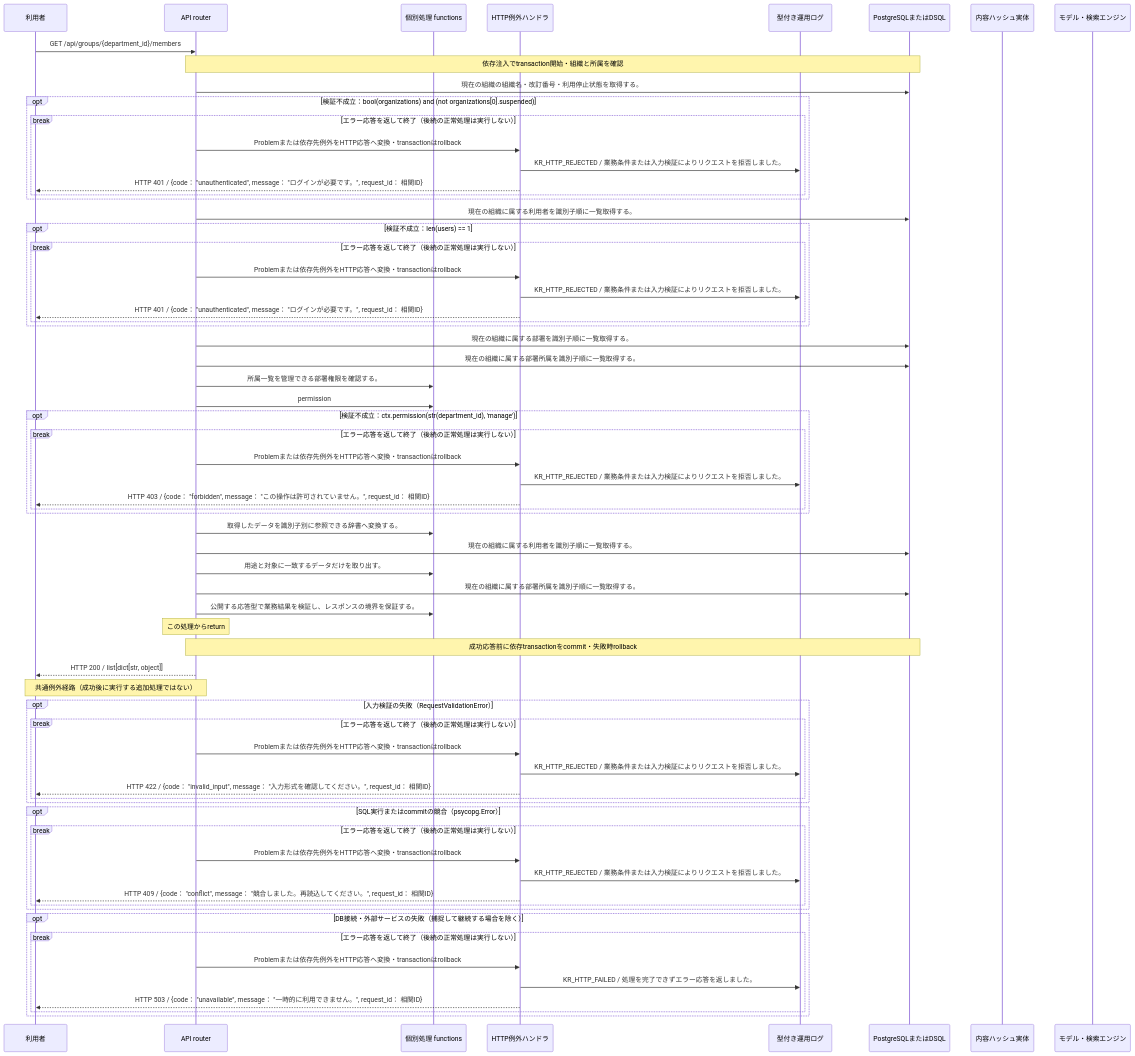
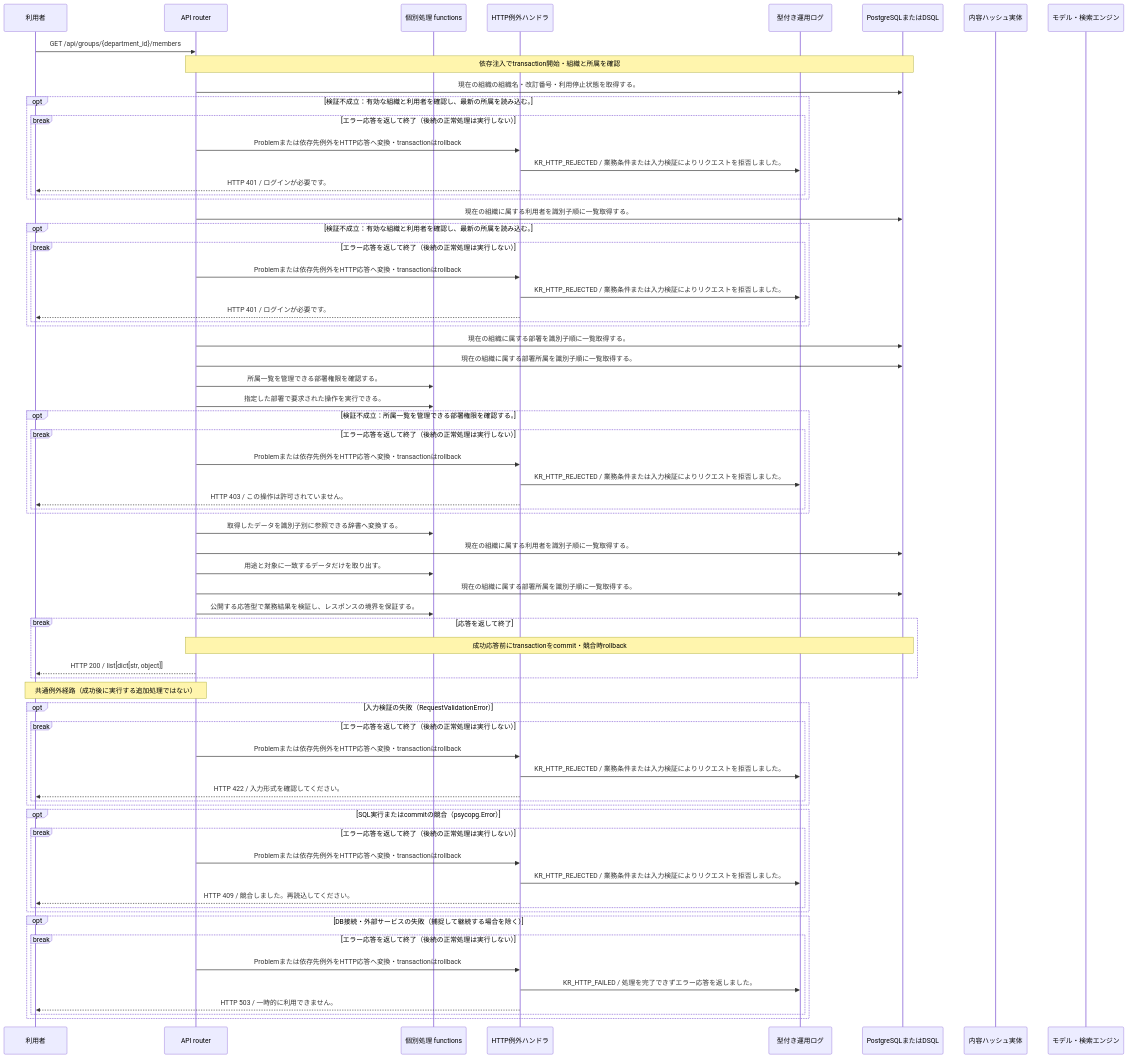
The diagram in docs/design/generated/api/groups/list_members/sequence.md (tsuji-tomonori/KotoRelay), drawn with Mermaid before and after one commit. The commit also changed other lines of this file and 245 other files, not shown here.

````diff
--- a/docs/design/generated/api/groups/list_members/sequence.md
+++ b/docs/design/generated/api/groups/list_members/sequence.md
@@ -7,70 +7,71 @@
 ```mermaid
 sequenceDiagram
     participant U as 利用者
     participant A as API router
     participant F as 個別処理 functions
     participant E as HTTP例外ハンドラ
     participant L as 型付き運用ログ
     participant D as PostgreSQLまたはDSQL
     participant S as 内容ハッシュ実体
     participant M as モデル・検索エンジン
     U->>A: GET /api/groups/{department_id}/members
     Note over A,D: 依存注入でtransaction開始・組織と所属を確認
     A->>D: 現在の組織の組織名・改訂番号・利用停止状態を取得する。
-    opt 検証不成立：bool(organizations) and (not organizations[0].suspended)
+    opt 検証不成立：有効な組織と利用者を確認し、最新の所属を読み込む。
     break エラー応答を返して終了（後続の正常処理は実行しない）
     A->>E: Problemまたは依存先例外をHTTP応答へ変換・transactionはrollback
     E->>L: KR_HTTP_REJECTED / 業務条件または入力検証によりリクエストを拒否しました。
-    E-->>U: HTTP 401 / {code： "unauthenticated", message： "ログインが必要です。", request_id： 相関ID}
+    E-->>U: HTTP 401 / ログインが必要です。
     end
     end
     A->>D: 現在の組織に属する利用者を識別子順に一覧取得する。
-    opt 検証不成立：len(users) == 1
+    opt 検証不成立：有効な組織と利用者を確認し、最新の所属を読み込む。
     break エラー応答を返して終了（後続の正常処理は実行しない）
     A->>E: Problemまたは依存先例外をHTTP応答へ変換・transactionはrollback
     E->>L: KR_HTTP_REJECTED / 業務条件または入力検証によりリクエストを拒否しました。
-    E-->>U: HTTP 401 / {code： "unauthenticated", message： "ログインが必要です。", request_id： 相関ID}
+    E-->>U: HTTP 401 / ログインが必要です。
     end
     end
     A->>D: 現在の組織に属する部署を識別子順に一覧取得する。
     A->>D: 現在の組織に属する部署所属を識別子順に一覧取得する。
     A->>F: 所属一覧を管理できる部署権限を確認する。
-    A->>F: permission
-    opt 検証不成立：ctx.permission(str(department_id), 'manage')
+    A->>F: 指定した部署で要求された操作を実行できる。
+    opt 検証不成立：所属一覧を管理できる部署権限を確認する。
     break エラー応答を返して終了（後続の正常処理は実行しない）
     A->>E: Problemまたは依存先例外をHTTP応答へ変換・transactionはrollback
     E->>L: KR_HTTP_REJECTED / 業務条件または入力検証によりリクエストを拒否しました。
-    E-->>U: HTTP 403 / {code： "forbidden", message： "この操作は許可されていません。", request_id： 相関ID}
+    E-->>U: HTTP 403 / この操作は許可されていません。
     end
     end
     A->>F: 取得したデータを識別子別に参照できる辞書へ変換する。
     A->>D: 現在の組織に属する利用者を識別子順に一覧取得する。
     A->>F: 用途と対象に一致するデータだけを取り出す。
     A->>D: 現在の組織に属する部署所属を識別子順に一覧取得する。
     A->>F: 公開する応答型で業務結果を検証し、レスポンスの境界を保証する。
-    Note over A: この処理からreturn
-    Note over A,D: 成功応答前に依存transactionをcommit・失敗時rollback
+    break 応答を返して終了
+    Note over A,D: 成功応答前にtransactionをcommit・競合時rollback
     A-->>U: HTTP 200 / list[dict[str, object]]
+    end
     Note over A,U: 共通例外経路（成功後に実行する追加処理ではない）
     opt 入力検証の失敗（RequestValidationError）
     break エラー応答を返して終了（後続の正常処理は実行しない）
     A->>E: Problemまたは依存先例外をHTTP応答へ変換・transactionはrollback
     E->>L: KR_HTTP_REJECTED / 業務条件または入力検証によりリクエストを拒否しました。
-    E-->>U: HTTP 422 / {code： "invalid_input", message： "入力形式を確認してください。", request_id： 相関ID}
+    E-->>U: HTTP 422 / 入力形式を確認してください。
     end
     end
     opt SQL実行またはcommitの競合（psycopg.Error）
     break エラー応答を返して終了（後続の正常処理は実行しない）
     A->>E: Problemまたは依存先例外をHTTP応答へ変換・transactionはrollback
     E->>L: KR_HTTP_REJECTED / 業務条件または入力検証によりリクエストを拒否しました。
-    E-->>U: HTTP 409 / {code： "conflict", message： "競合しました。再読込してください。", request_id： 相関ID}
+    E-->>U: HTTP 409 / 競合しました。再読込してください。
     end
     end
     opt DB接続・外部サービスの失敗（捕捉して継続する場合を除く）
     break エラー応答を返して終了（後続の正常処理は実行しない）
     A->>E: Problemまたは依存先例外をHTTP応答へ変換・transactionはrollback
     E->>L: KR_HTTP_FAILED / 処理を完了できずエラー応答を返しました。
-    E-->>U: HTTP 503 / {code： "unavailable", message： "一時的に利用できません。", request_id： 相関ID}
+    E-->>U: HTTP 503 / 一時的に利用できません。
     end
     end
 ```
````
